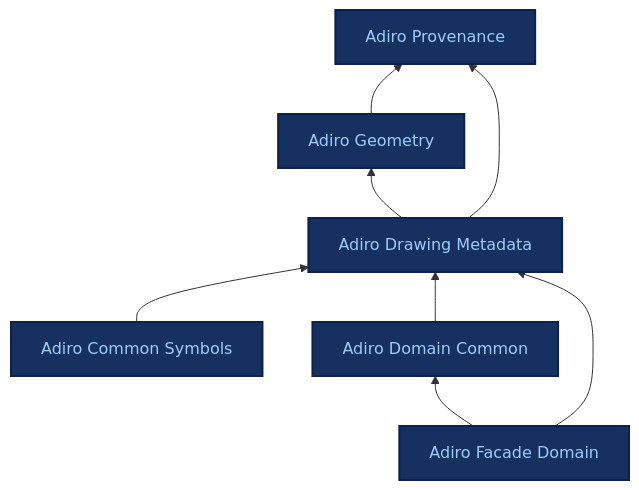
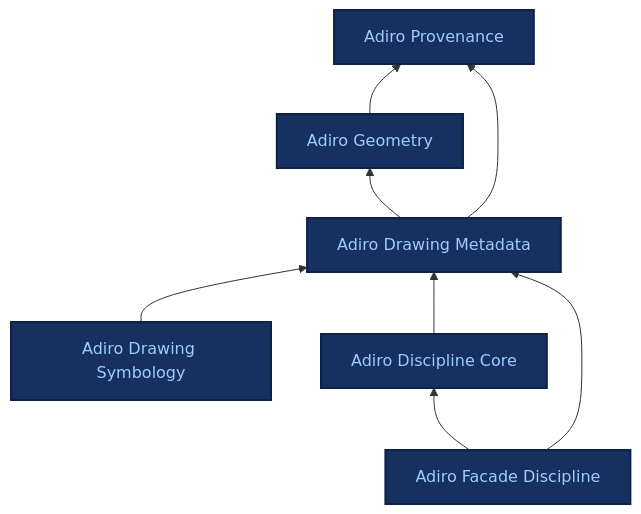
Before and after one commit to BuroHappoldMachineLearning/ADIRO: the diagram in docs/ontologies/index.md, drawn with Mermaid. The commit also changed other lines of this file and 162 other files, not shown here.

First line of the commit message:
feat: rename three modules, with the reference terms defined in adiro_drawing_symbology (#281, #277, #271)

````diff
--- a/docs/ontologies/index.md
+++ b/docs/ontologies/index.md
@@ -9,25 +9,25 @@
 ```mermaid
 %%{init: {"themeCSS": ".base .nodeLabel,.base .nodeLabel p,.base text,.base tspan{fill:#9ecbff !important;color:#9ecbff !important}.current .nodeLabel,.current .nodeLabel p,.current text,.current tspan{fill:#16305f !important;color:#16305f !important}"} }%%
 graph BT
     adiro_provenance["Adiro Provenance"]
     adiro_geometry["Adiro Geometry"]
     adiro_drawing_metadata["Adiro Drawing Metadata"]
-    adiro_common_symbols["Adiro Common Symbols"]
-    adiro_domain_common["Adiro Domain Common"]
-    adiro_facade_domain["Adiro Facade Domain"]
+    adiro_drawing_symbology["Adiro Drawing Symbology"]
+    adiro_discipline_core["Adiro Discipline Core"]
+    adiro_facade_discipline["Adiro Facade Discipline"]
     adiro_geometry --> adiro_provenance
     adiro_drawing_metadata --> adiro_geometry
     adiro_drawing_metadata --> adiro_provenance
-    adiro_common_symbols --> adiro_drawing_metadata
-    adiro_domain_common --> adiro_drawing_metadata
-    adiro_facade_domain --> adiro_domain_common
-    adiro_facade_domain --> adiro_drawing_metadata
+    adiro_drawing_symbology --> adiro_drawing_metadata
+    adiro_discipline_core --> adiro_drawing_metadata
+    adiro_facade_discipline --> adiro_discipline_core
+    adiro_facade_discipline --> adiro_drawing_metadata
     click adiro_provenance "adiro_provenance/" "Adiro Provenance reference page"
     click adiro_geometry "adiro_geometry/" "Adiro Geometry reference page"
     click adiro_drawing_metadata "adiro_drawing_metadata/" "Adiro Drawing Metadata reference page"
-    click adiro_common_symbols "adiro_common_symbols/" "Adiro Common Symbols reference page"
-    click adiro_domain_common "adiro_domain_common/" "Adiro Domain Common reference page"
-    click adiro_facade_domain "adiro_facade_domain/" "Adiro Facade Domain reference page"
+    click adiro_drawing_symbology "adiro_drawing_symbology/" "Adiro Drawing Symbology reference page"
+    click adiro_discipline_core "adiro_discipline_core/" "Adiro Discipline Core reference page"
+    click adiro_facade_discipline "adiro_facade_discipline/" "Adiro Facade Discipline reference page"
     classDef base fill:#16305f,stroke:#0e2247,stroke-width:2px,color:#9ecbff;
-    class adiro_provenance,adiro_geometry,adiro_drawing_metadata,adiro_common_symbols,adiro_domain_common,adiro_facade_domain base;
+    class adiro_provenance,adiro_geometry,adiro_drawing_metadata,adiro_drawing_symbology,adiro_discipline_core,adiro_facade_discipline base;
 ```
````
